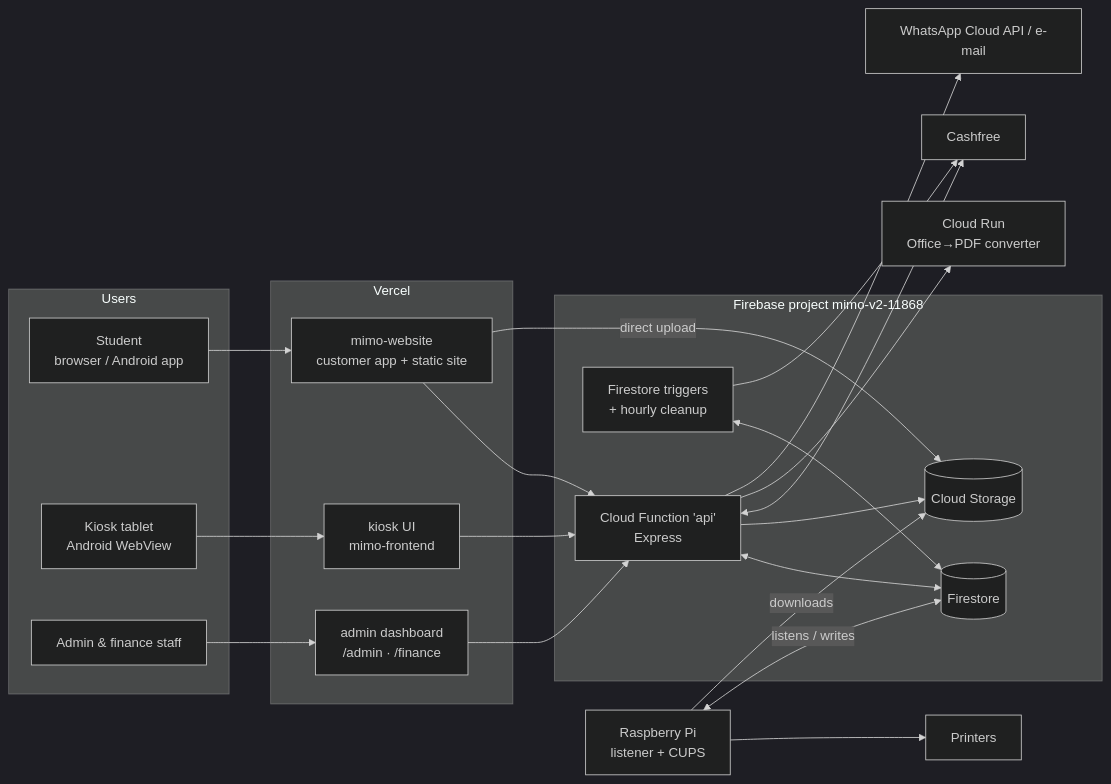
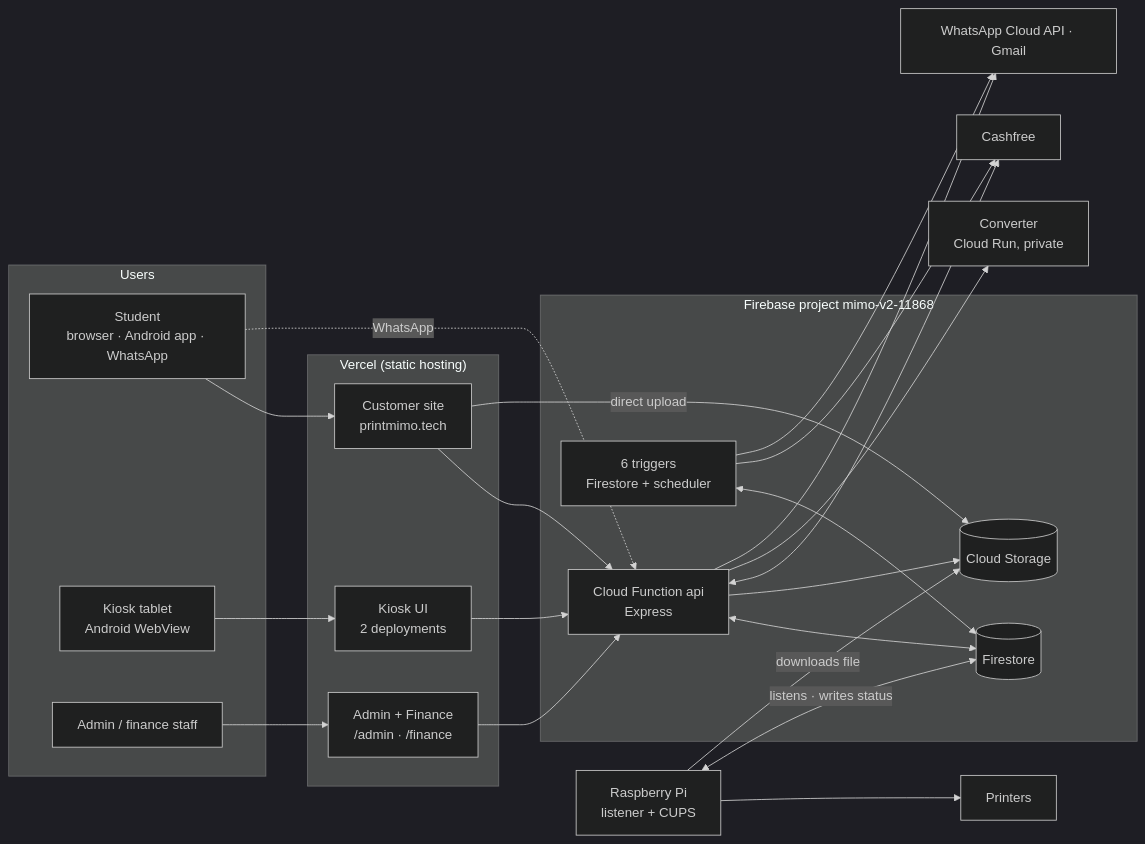
Before and after one commit to snowjug/mimo-test-dep2: the first of 3 diagrams in docs/architecture/architecture.md, drawn with Mermaid (dark theme). The commit also changed other lines of this file and 1 other file, not shown here.

Commit message:
docs: rewrite architecture.md (flows, data model, security, failure modes) and tidy README

````diff
--- a/docs/architecture/architecture.md
+++ b/docs/architecture/architecture.md
@@ -16,39 +39,41 @@
 ```mermaid
 flowchart LR
   subgraph Users
-    S[Student<br/>browser / Android app]
-    K[Kiosk tablet<br/>Android WebView]
-    A[Admin & finance staff]
+    S["Student<br/>browser · Android app · WhatsApp"]
+    K["Kiosk tablet<br/>Android WebView"]
+    A["Admin / finance staff"]
   end
-  subgraph Vercel
-    W[mimo-website<br/>customer app + static site]
-    D[admin dashboard<br/>/admin · /finance]
-    KU[kiosk UI<br/>mimo-frontend]
+  subgraph Vercel["Vercel (static hosting)"]
+    W["Customer site<br/>printmimo.tech"]
+    D["Admin + Finance<br/>/admin · /finance"]
+    KU["Kiosk UI<br/>2 deployments"]
   end
   subgraph Firebase["Firebase project mimo-v2-11868"]
-    API[Cloud Function 'api'<br/>Express]
-    TR[Firestore triggers<br/>+ hourly cleanup]
-    FS[(Firestore)]
-    ST[(Cloud Storage)]
+    API["Cloud Function api<br/>Express"]
+    TR["6 triggers<br/>Firestore + scheduler"]
+    FS[("Firestore")]
+    ST[("Cloud Storage")]
   end
-  CF[Cashfree]
-  CV[Cloud Run<br/>Office→PDF converter]
-  WA[WhatsApp Cloud API / e-mail]
-  PI[Raspberry Pi<br/>listener + CUPS]
-  P[Printers]
+  CF["Cashfree"]
+  CV["Converter<br/>Cloud Run, private"]
+  MSG["WhatsApp Cloud API · Gmail"]
+  PI["Raspberry Pi<br/>listener + CUPS"]
+  PR["Printers"]
 
   S --> W --> API
+  S -. "WhatsApp" .-> API
   A --> D --> API
   K --> KU --> API
-  W -- direct upload --> ST
+  W -- "direct upload" --> ST
   API <--> FS
   API --> ST
   API <--> CF
   API --> CV
-  API --> WA
+  API --> MSG
   TR <--> FS
   TR --> CF
-  PI <-- listens / writes --> FS
-  PI -- downloads --> ST
-  PI --> P
+  TR --> MSG
+  PI <-- "listens · writes status" --> FS
+  PI -- "downloads file" --> ST
+  PI --> PR
 ```
````
